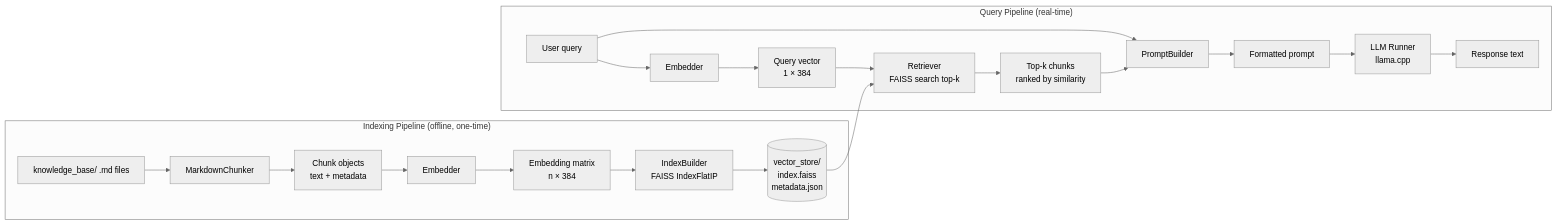
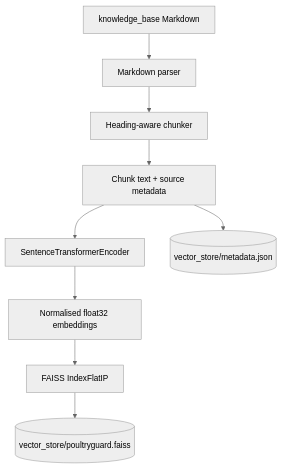
Before and after one commit to zulyadainimuhammad/poultryguard-ai: the first of 2 diagrams in docs/architecture/rag_design.md, drawn with Mermaid (neutral theme). The commit also changed other lines of this file, not shown here.

Commit message:
docs: align RAG design with implemented pipeline

````diff
--- a/docs/architecture/rag_design.md
+++ b/docs/architecture/rag_design.md
@@ -36,24 +24,11 @@
 ```mermaid
-graph LR
-    subgraph Indexing["Indexing Pipeline (offline, one-time)"]
-        A[knowledge_base/ .md files] --> B[MarkdownChunker]
-        B --> C[Chunk objects\ntext + metadata]
-        C --> D[Embedder]
-        D --> E[Embedding matrix\nn × 384]
-        E --> F[IndexBuilder\nFAISS IndexFlatIP]
-        F --> G[(vector_store/\nindex.faiss\nmetadata.json)]
-    end
-
-    subgraph Query["Query Pipeline (real-time)"]
-        H[User query] --> I[Embedder]
-        I --> J[Query vector\n1 × 384]
-        J --> K[Retriever\nFAISS search top-k]
-        G --> K
-        K --> L[Top-k chunks\nranked by similarity]
-        L --> M[PromptBuilder]
-        H --> M
-        M --> N[Formatted prompt]
-        N --> O[LLM Runner\nllama.cpp]
-        O --> P[Response text]
-    end
+flowchart TD
+    A[knowledge_base Markdown] --> B[Markdown parser]
+    B --> C[Heading-aware chunker]
+    C --> D[Chunk text + source metadata]
+    D --> E[SentenceTransformerEncoder]
+    E --> F[Normalised float32 embeddings]
+    F --> G[FAISS IndexFlatIP]
+    G --> H[(vector_store/poultryguard.faiss)]
+    D --> I[(vector_store/metadata.json)]
 ```
````
